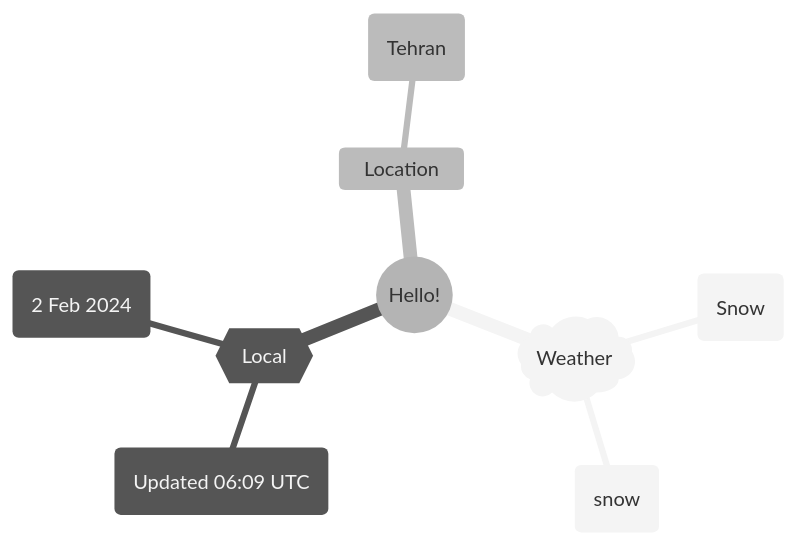
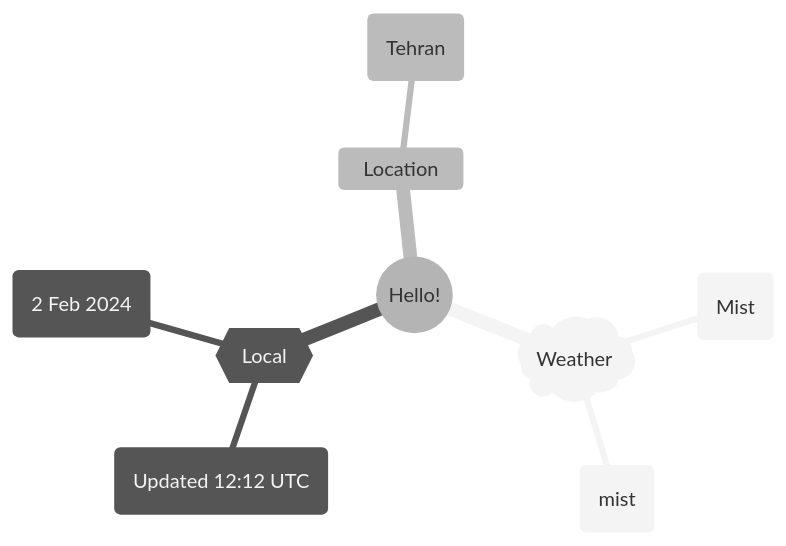
Before and after one commit to Xosrov/Xosrov: the first of 2 diagrams in README.md, drawn with Mermaid (neutral theme).

Commit message:
[bot] updated images

````diff
--- a/README.md
+++ b/README.md
@@ -3,12 +3,12 @@
 ```mermaid
 mindmap
   root((Hello!))
     )Weather(
-        (Snow)
-        (snow)
+        (Mist)
+        (mist)
     {{Local}}
-        (Updated 06:09 UTC)
+        (Updated 12:12 UTC)
         (2 Feb 2024)
     Location
         (Tehran)
 ```
````
